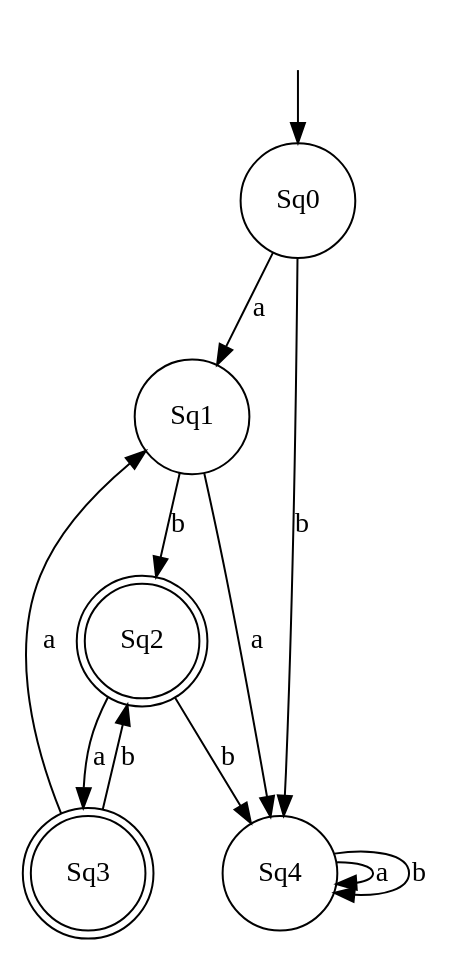
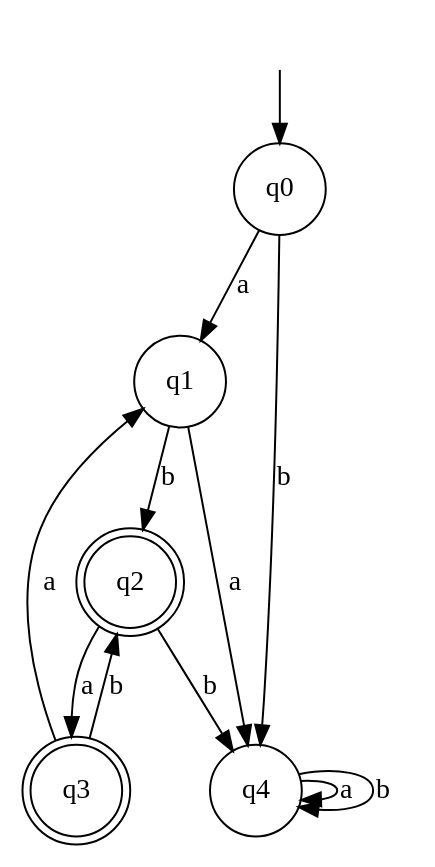
Before and after one commit to Waylon194/Formele-methode: the diagram in ProjectFormeleMethodes/Visualization/Graphs/TestGraph.dot, drawn with Graphviz. The commit also changed 3 other files, not shown here.

Commit message:
Little changes to the Graph formatting

```diff
--- a/ProjectFormeleMethodes/Visualization/Graphs/TestGraph.dot
+++ b/ProjectFormeleMethodes/Visualization/Graphs/TestGraph.dot
@@ -1,1 +1,1 @@
-digraph{ { node[style = invis, shape = none, label = " ", width = 0, height = 0] SSS } node [shape = doublecircle]; Sq2  Sq3 ;  node [shape = circle]; SSS-> Sq0 Sq0 -> Sq1 [ label = "a" ]; Sq0 -> Sq4 [ label = "b" ]; Sq1 -> Sq4 [ label = "a" ]; Sq1 -> Sq2 [ label = "b" ]; Sq2 -> Sq3 [ label = "a" ]; Sq2 -> Sq4 [ label = "b" ]; Sq3 -> Sq1 [ label = "a" ]; Sq3 -> Sq2 [ label = "b" ]; Sq4 -> Sq4 [ label = "a" ]; Sq4 -> Sq4 [ label = "b" ]; }
+digraph{ { node[style = invis, shape = none, label = " ", width = 0, height = 0] SSS } node [shape = doublecircle]; q2  q3 ;  node [shape = circle]; SSS-> q0 q0 -> q1 [ label = "a" ]; q0 -> q4 [ label = "b" ]; q1 -> q4 [ label = "a" ]; q1 -> q2 [ label = "b" ]; q2 -> q3 [ label = "a" ]; q2 -> q4 [ label = "b" ]; q3 -> q1 [ label = "a" ]; q3 -> q2 [ label = "b" ]; q4 -> q4 [ label = "a" ]; q4 -> q4 [ label = "b" ]; }
```
